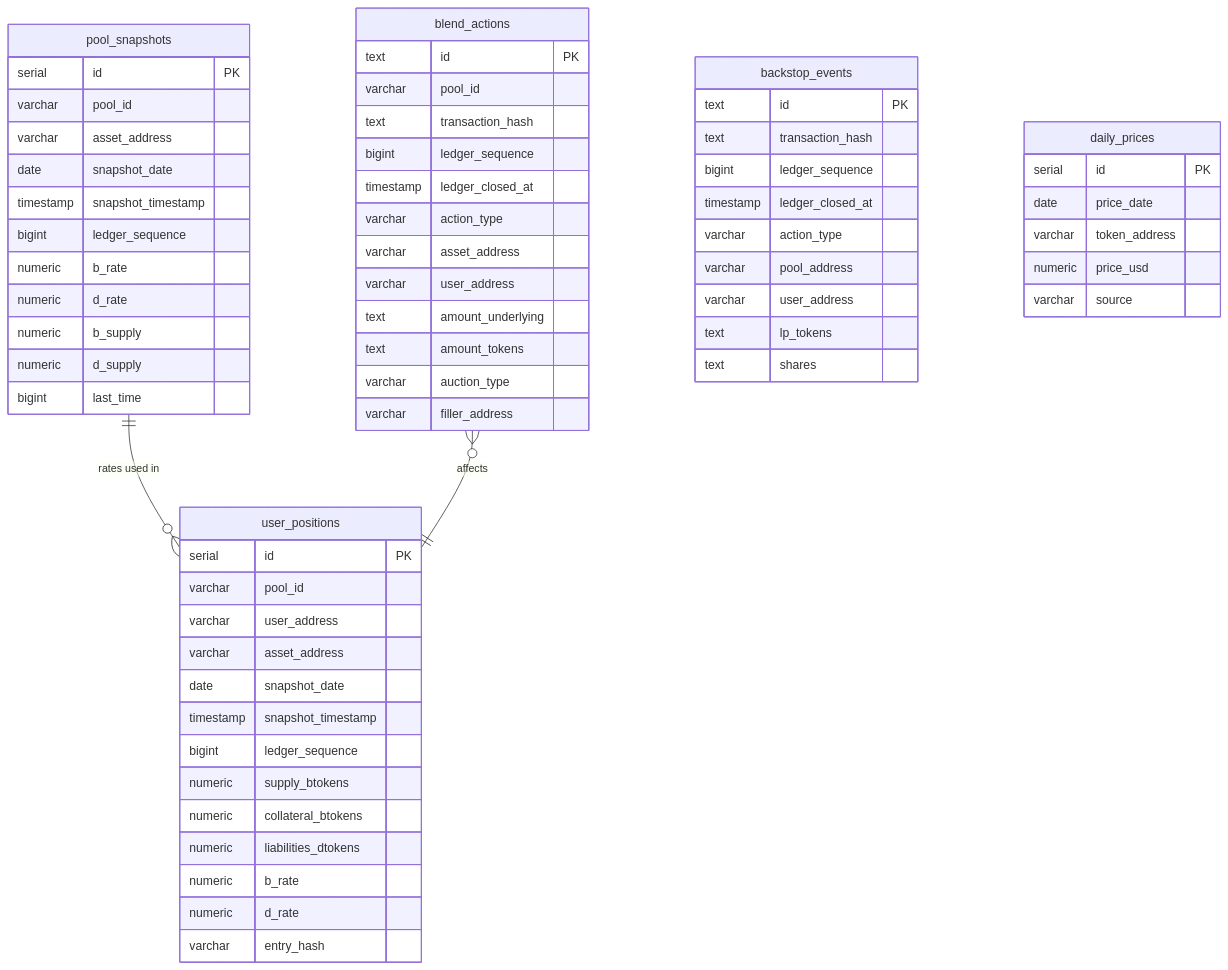
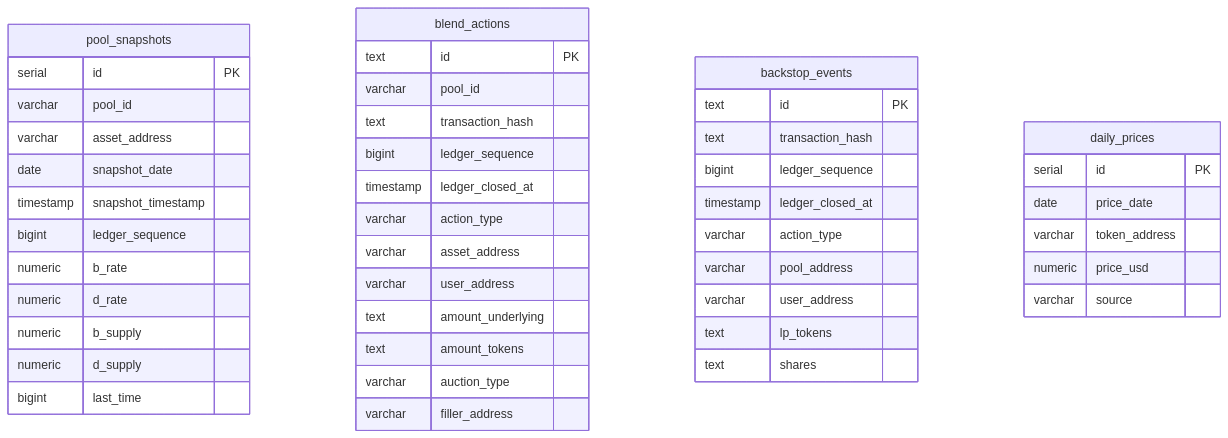
The sixth of 7 diagrams in README.md (brunomlr/blend-indexer), drawn with Mermaid before and after one commit. The commit also changed other lines of this file, not shown here.

Commit message:
refactor: remove user positions references from documentation and diagrams

````diff
--- a/README.md
+++ b/README.md
@@ -637,70 +588,51 @@
 ```mermaid
 erDiagram
     pool_snapshots {
         serial id PK
         varchar pool_id
         varchar asset_address
         date snapshot_date
         timestamp snapshot_timestamp
         bigint ledger_sequence
         numeric b_rate
         numeric d_rate
         numeric b_supply
         numeric d_supply
         bigint last_time
-    }
-
-    user_positions {
-        serial id PK
-        varchar pool_id
-        varchar user_address
-        varchar asset_address
-        date snapshot_date
-        timestamp snapshot_timestamp
-        bigint ledger_sequence
-        numeric supply_btokens
-        numeric collateral_btokens
-        numeric liabilities_dtokens
-        numeric b_rate
-        numeric d_rate
-        varchar entry_hash
     }
 
     blend_actions {
         text id PK
         varchar pool_id
         text transaction_hash
         bigint ledger_sequence
         timestamp ledger_closed_at
         varchar action_type
         varchar asset_address
         varchar user_address
         text amount_underlying
         text amount_tokens
         varchar auction_type
         varchar filler_address
     }
 
     backstop_events {
         text id PK
         text transaction_hash
         bigint ledger_sequence
         timestamp ledger_closed_at
         varchar action_type
         varchar pool_address
         varchar user_address
         text lp_tokens
         text shares
     }
 
     daily_prices {
         serial id PK
         date price_date
         varchar token_address
         numeric price_usd
         varchar source
     }
-
-    pool_snapshots ||--o{ user_positions : "rates used in"
-    blend_actions }o--|| user_positions : "affects"
 ```
````
